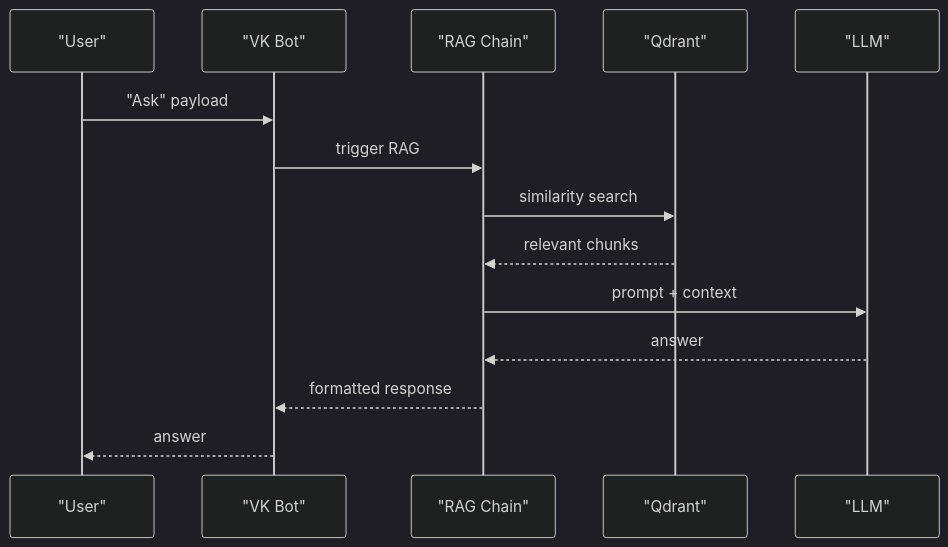
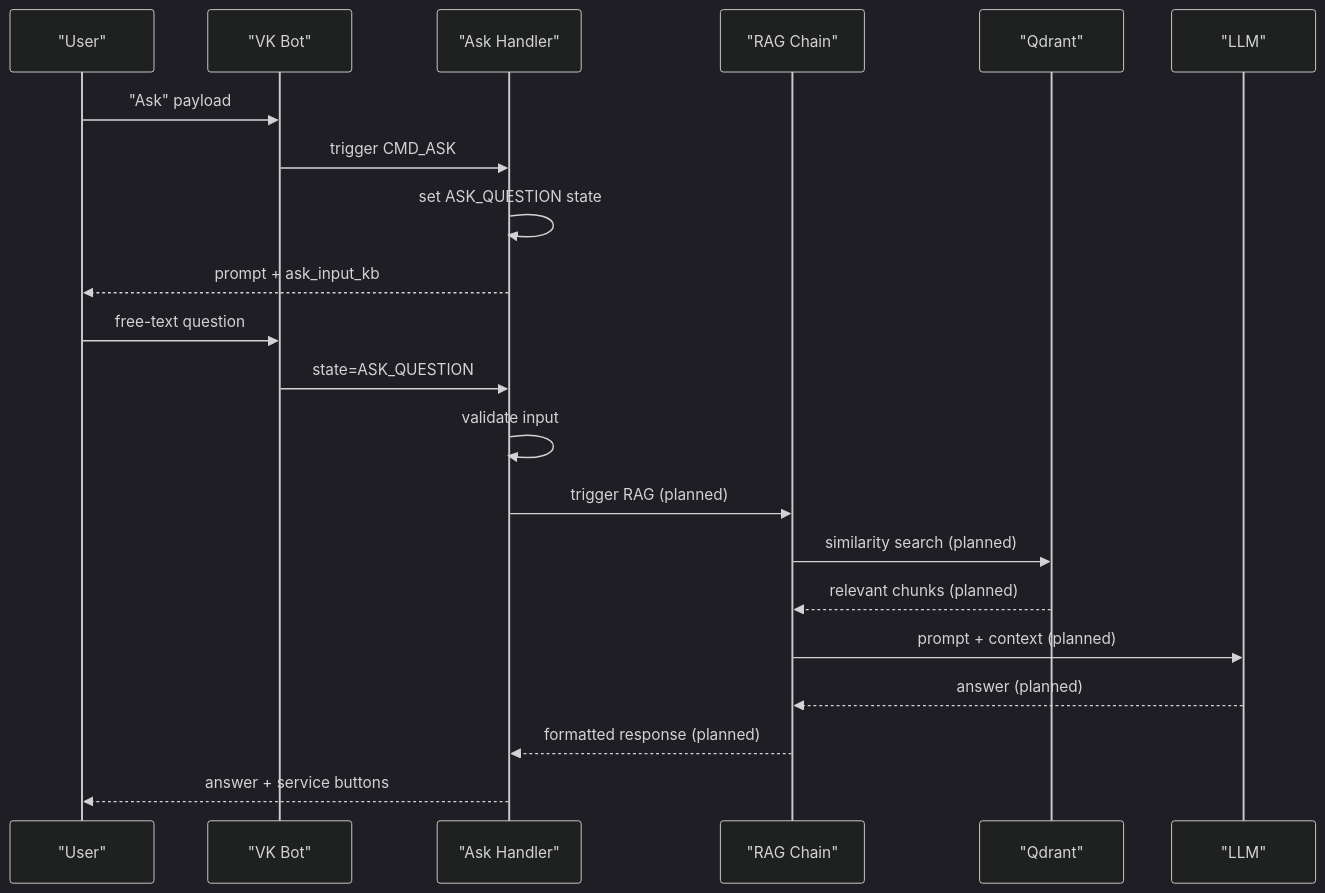
Before and after one commit to ognelis/cafetera_hr_bot: the tenth of 12 diagrams in .qoder/repowiki/en/content/RAG Integration.md, drawn with Mermaid (dark theme). The commit also changed other lines of this file and 15 other files, not shown here.

````diff
--- a/.qoder/repowiki/en/content/RAG Integration.md
+++ b/.qoder/repowiki/en/content/RAG Integration.md
@@ -337,16 +430,23 @@
 ```mermaid
 sequenceDiagram
 participant User as "User"
 participant VK as "VK Bot"
+participant Ask as "Ask Handler"
 participant Chain as "RAG Chain"
 participant Qdrant as "Qdrant"
 participant LLM as "LLM"
 User->>VK : "Ask" payload
-VK->>Chain : trigger RAG
-Chain->>Qdrant : similarity search
-Qdrant-->>Chain : relevant chunks
-Chain->>LLM : prompt + context
-LLM-->>Chain : answer
-Chain-->>VK : formatted response
-VK-->>User : answer
+VK->>Ask : trigger CMD_ASK
+Ask->>Ask : set ASK_QUESTION state
+Ask-->>User : prompt + ask_input_kb
+User->>VK : free-text question
+VK->>Ask : state=ASK_QUESTION
+Ask->>Ask : validate input
+Ask->>Chain : trigger RAG (planned)
+Chain->>Qdrant : similarity search (planned)
+Qdrant-->>Chain : relevant chunks (planned)
+Chain->>LLM : prompt + context (planned)
+LLM-->>Chain : answer (planned)
+Chain-->>Ask : formatted response (planned)
+Ask-->>User : answer + service buttons
 ```
````
